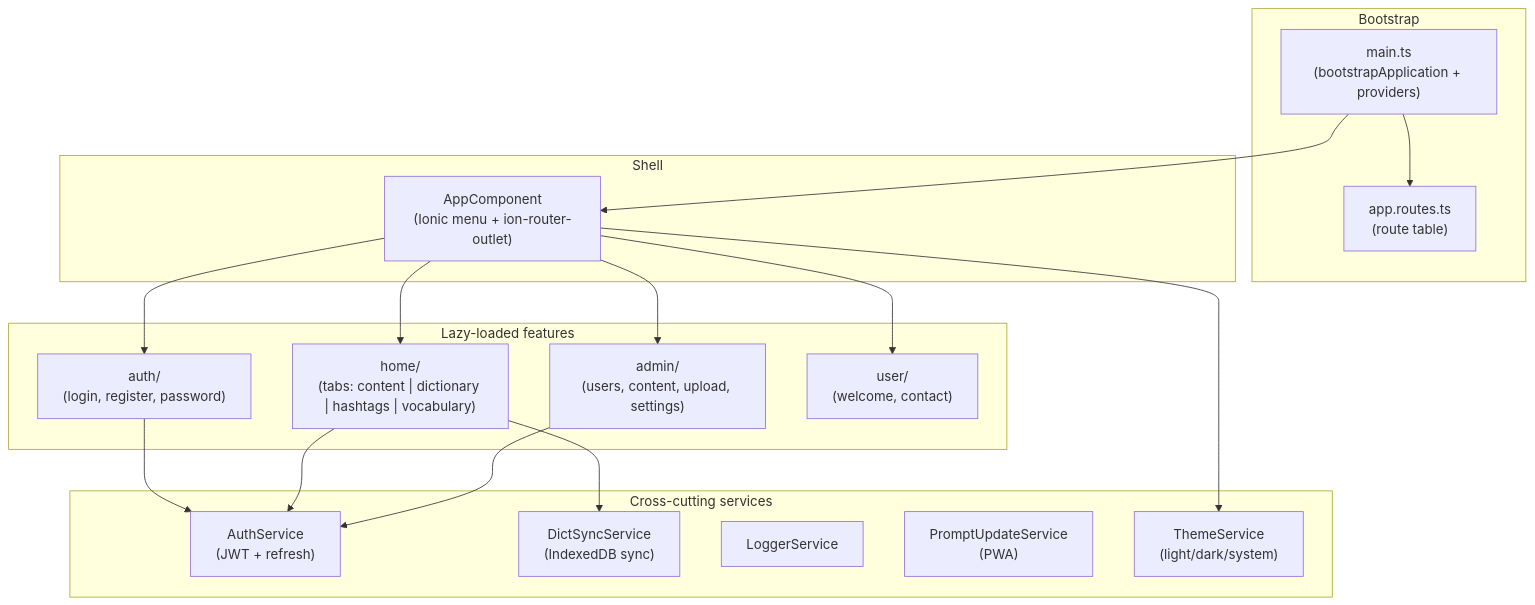
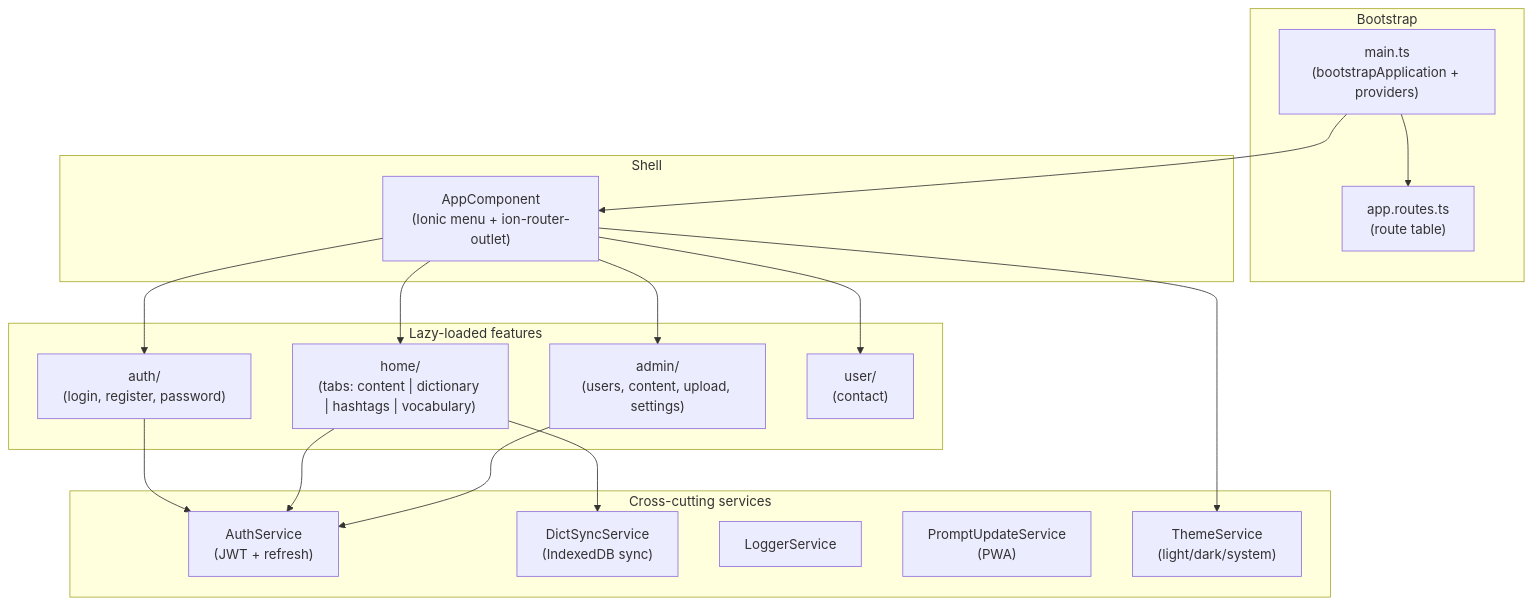
The first of 18 diagrams in apps/web/ARCHITECTURE.md (remarcmij/taalwiz-mono), drawn with Mermaid before and after one commit. The commit also changed other lines of this file and 4 other files, not shown here.

````diff
--- a/apps/web/ARCHITECTURE.md
+++ b/apps/web/ARCHITECTURE.md
@@ -24,38 +24,38 @@
 ```mermaid
 graph TD
     subgraph Bootstrap
         main["main.ts\n(bootstrapApplication + providers)"]
         routes["app.routes.ts\n(route table)"]
     end
 
     subgraph Shell
         app["AppComponent\n(Ionic menu + ion-router-outlet)"]
     end
 
     subgraph Features ["Lazy-loaded features"]
         auth["auth/\n(login, register, password)"]
         home["home/\n(tabs: content | dictionary | hashtags | vocabulary)"]
         admin["admin/\n(users, content, upload, settings)"]
-        user["user/\n(welcome, contact)"]
+        user["user/\n(contact)"]
     end
 
     subgraph CrossCutting ["Cross-cutting services"]
         authSvc["AuthService\n(JWT + refresh)"]
         dictSync["DictSyncService\n(IndexedDB sync)"]
         logger["LoggerService"]
         swUpdate["PromptUpdateService\n(PWA)"]
         theme["ThemeService\n(light/dark/system)"]
     end
 
     main --> routes
     main --> app
     app --> auth
     app --> home
     app --> admin
     app --> user
     auth --> authSvc
     home --> authSvc
     home --> dictSync
     admin --> authSvc
     app --> theme
 ```
````
